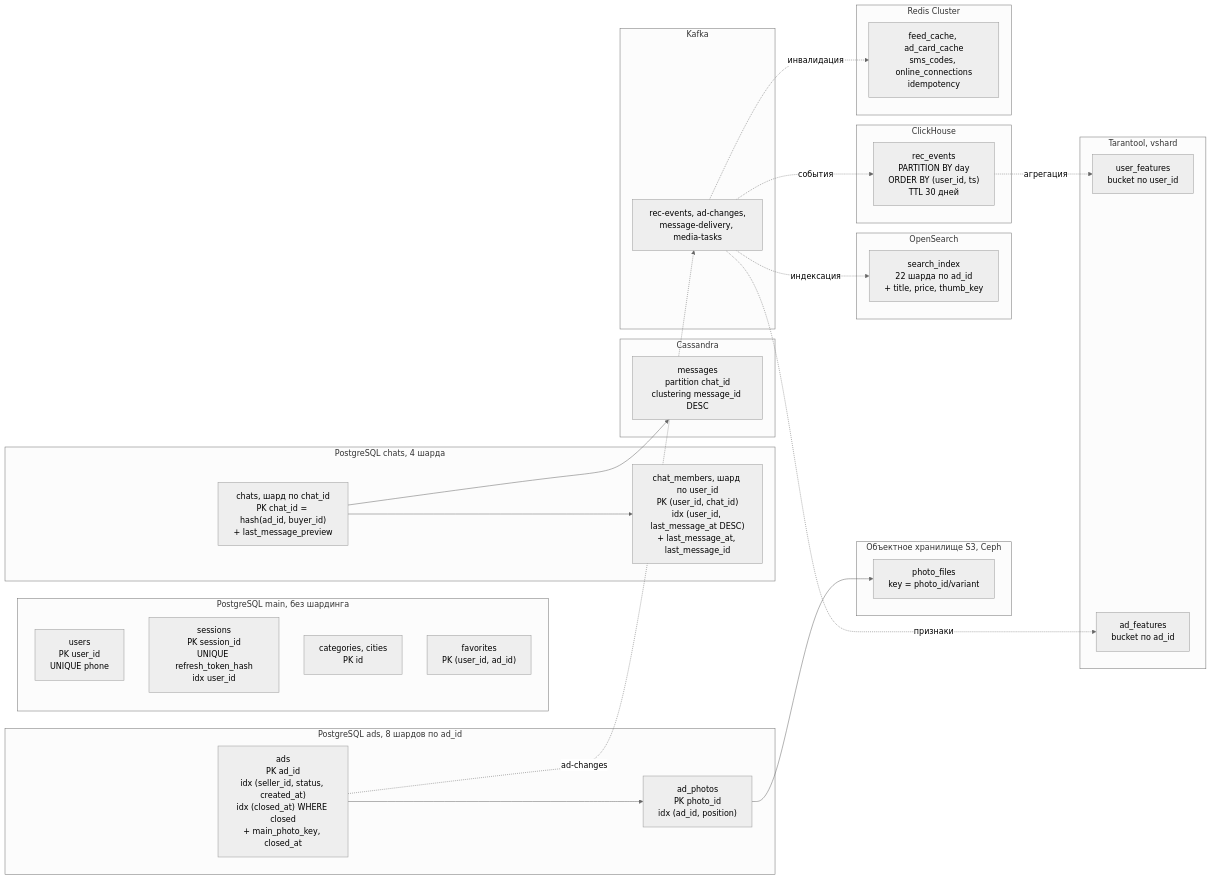
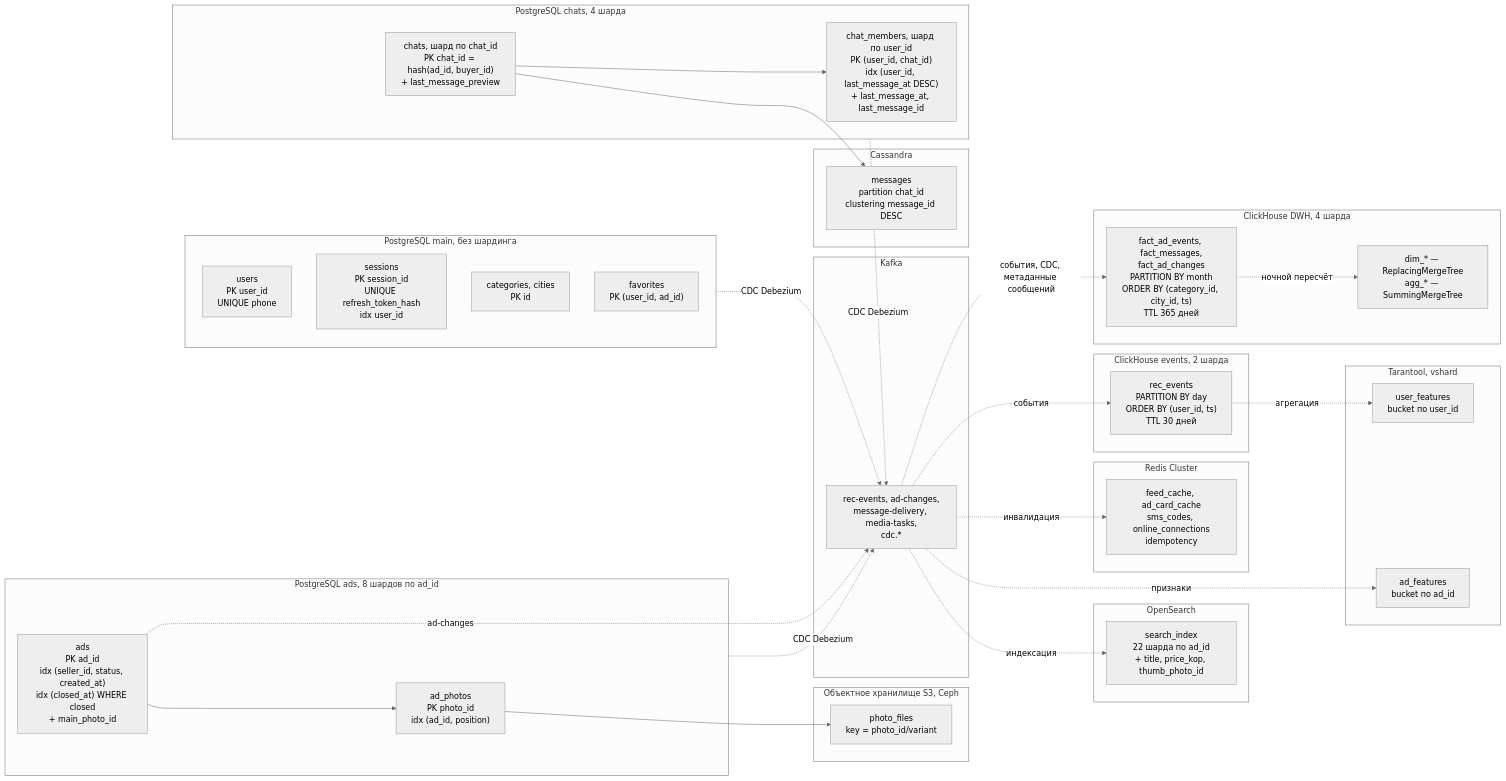
Before and after one commit to grishacake/highload_technopark: the third of 3 diagrams in README.md, drawn with Mermaid (neutral theme). The commit also changed other lines of this file, not shown here.

First line of the commit message:
HW5, HW6: числовые типы, поля users, DWH

````diff
--- a/README.md
+++ b/README.md
@@ -691,50 +909,59 @@
 ```mermaid
 flowchart LR
     subgraph PG_MAIN["PostgreSQL main, без шардинга"]
         users["users<br/>PK user_id<br/>UNIQUE phone"]
         sessions["sessions<br/>PK session_id<br/>UNIQUE refresh_token_hash<br/>idx user_id"]
         dict["categories, cities<br/>PK id"]
         fav["favorites<br/>PK (user_id, ad_id)"]
     end
     subgraph PG_ADS["PostgreSQL ads, 8 шардов по ad_id"]
-        ads["ads<br/>PK ad_id<br/>idx (seller_id, status, created_at)<br/>idx (closed_at) WHERE closed<br/>+ main_photo_key, closed_at"]
+        ads["ads<br/>PK ad_id<br/>idx (seller_id, status, created_at)<br/>idx (closed_at) WHERE closed<br/>+ main_photo_id"]
         photos["ad_photos<br/>PK photo_id<br/>idx (ad_id, position)"]
     end
     subgraph PG_CHATS["PostgreSQL chats, 4 шарда"]
         chats["chats, шард по chat_id<br/>PK chat_id = hash(ad_id, buyer_id)<br/>+ last_message_preview"]
         members["chat_members, шард по user_id<br/>PK (user_id, chat_id)<br/>idx (user_id, last_message_at DESC)<br/>+ last_message_at, last_message_id"]
     end
     subgraph CASS["Cassandra"]
         msgs["messages<br/>partition chat_id<br/>clustering message_id DESC"]
     end
     subgraph S3["Объектное хранилище S3, Ceph"]
         files["photo_files<br/>key = photo_id/variant"]
     end
     subgraph ES["OpenSearch"]
-        idx["search_index<br/>22 шарда по ad_id<br/>+ title, price, thumb_key"]
+        idx["search_index<br/>22 шарда по ad_id<br/>+ title, price_kop, thumb_photo_id"]
     end
-    subgraph CH["ClickHouse"]
+    subgraph CH["ClickHouse events, 2 шарда"]
         ev["rec_events<br/>PARTITION BY day<br/>ORDER BY (user_id, ts)<br/>TTL 30 дней"]
+    end
+    subgraph DWH["ClickHouse DWH, 4 шарда"]
+        facts["fact_ad_events, fact_messages,<br/>fact_ad_changes<br/>PARTITION BY month<br/>ORDER BY (category_id, city_id, ts)<br/>TTL 365 дней"]
+        dims["dim_* — ReplacingMergeTree<br/>agg_* — SummingMergeTree"]
     end
     subgraph TT["Tarantool, vshard"]
         uf["user_features<br/>bucket по user_id"]
         af["ad_features<br/>bucket по ad_id"]
     end
     subgraph REDIS["Redis Cluster"]
         cache["feed_cache, ad_card_cache<br/>sms_codes, online_connections<br/>idempotency"]
     end
     subgraph KAFKA["Kafka"]
-        q["rec-events, ad-changes,<br/>message-delivery, media-tasks"]
+        q["rec-events, ad-changes,<br/>message-delivery, media-tasks,<br/>cdc.*"]
     end
 
     ads --> photos
     photos --> files
     ads -. ad-changes .-> q
     q -. индексация .-> idx
     q -. признаки .-> af
     q -. инвалидация .-> cache
     q -. события .-> ev
     ev -. агрегация .-> uf
+    PG_MAIN -. CDC Debezium .-> q
+    PG_ADS -. CDC Debezium .-> q
+    PG_CHATS -. CDC Debezium .-> q
+    q -. события, CDC, метаданные сообщений .-> facts
+    facts -. ночной пересчёт .-> dims
     chats --> msgs
     chats --> members
 ```
````
